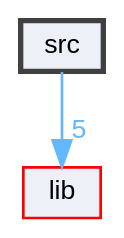
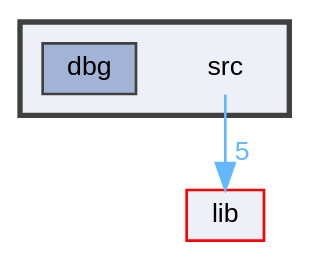
The diagram in dir_68267d1309a1af8e8297ef4c3efbcdba_dep.dot (helcsnewsxd/gsc-interpreter), drawn with Graphviz before and after one commit. The commit also changed 117 other files, not shown here.

```diff
--- a/dir_68267d1309a1af8e8297ef4c3efbcdba_dep.dot
+++ b/dir_68267d1309a1af8e8297ef4c3efbcdba_dep.dot
@@ -1,11 +1,15 @@
 digraph "src"
 {
  // LATEX_PDF_SIZE
   bgcolor="transparent";
   edge [fontname=Helvetica,fontsize=10,labelfontname=Helvetica,labelfontsize=10];
   node [fontname=Helvetica,fontsize=10,shape=box,height=0.2,width=0.4];
   compound=true
-  dir_68267d1309a1af8e8297ef4c3efbcdba [label="src", fillcolor="#edf0f7", color="grey25", style="filled,bold", URL="dir_68267d1309a1af8e8297ef4c3efbcdba.html",tooltip=""];
+  subgraph clusterdir_68267d1309a1af8e8297ef4c3efbcdba {
+    graph [ bgcolor="#edf0f7", pencolor="grey25", label="", fontname=Helvetica,fontsize=10 style="filled,bold", URL="dir_68267d1309a1af8e8297ef4c3efbcdba.html",tooltip=""]
+    dir_68267d1309a1af8e8297ef4c3efbcdba [shape=plaintext, label="src"];
+  dir_ad6ae32d412c820ce17341717c8bcfee [label="dbg", fillcolor="#a2b4d6", color="grey25", style="filled", URL="dir_ad6ae32d412c820ce17341717c8bcfee.html",tooltip=""];
+  }
   dir_97aefd0d527b934f1d99a682da8fe6a9 [label="lib", fillcolor="#edf0f7", color="red", style="filled", URL="dir_97aefd0d527b934f1d99a682da8fe6a9.html",tooltip=""];
-  dir_68267d1309a1af8e8297ef4c3efbcdba->dir_97aefd0d527b934f1d99a682da8fe6a9 [headlabel="5", labeldistance=1.5 headhref="dir_000003_000002.html" href="dir_000003_000002.html" color="steelblue1" fontcolor="steelblue1"];
+  dir_68267d1309a1af8e8297ef4c3efbcdba->dir_97aefd0d527b934f1d99a682da8fe6a9 [headlabel="5", labeldistance=1.5 headhref="dir_000004_000003.html" href="dir_000004_000003.html" color="steelblue1" fontcolor="steelblue1"];
 }
```
